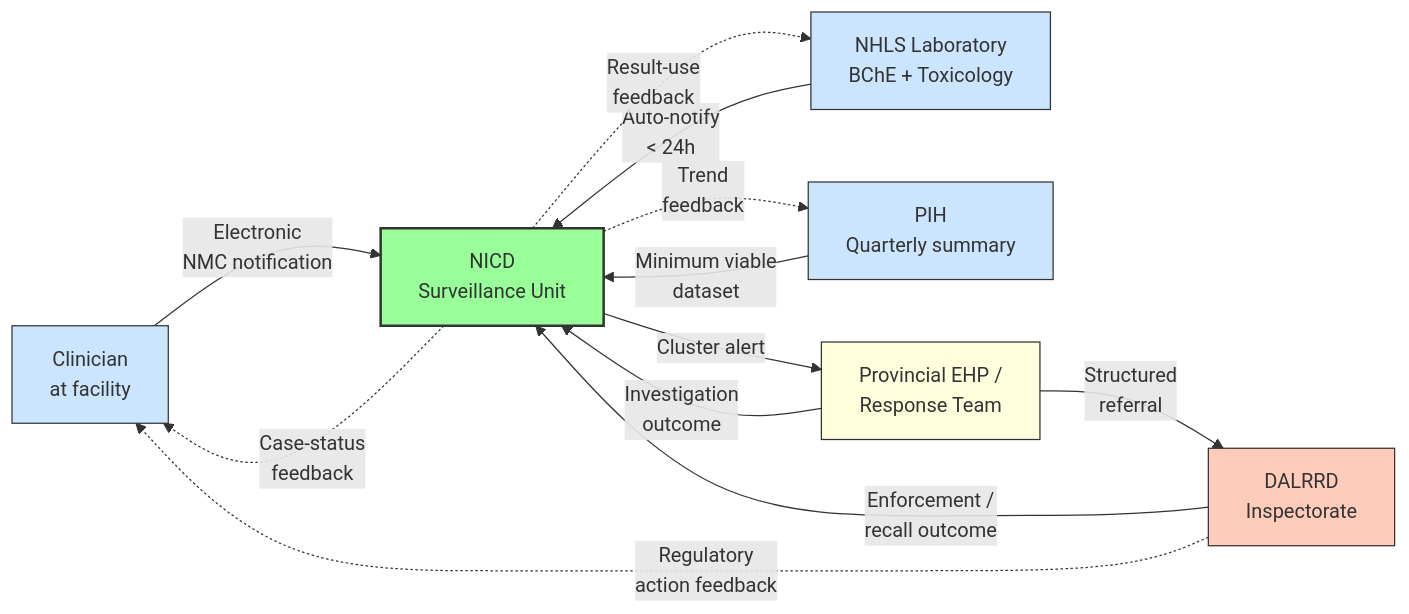
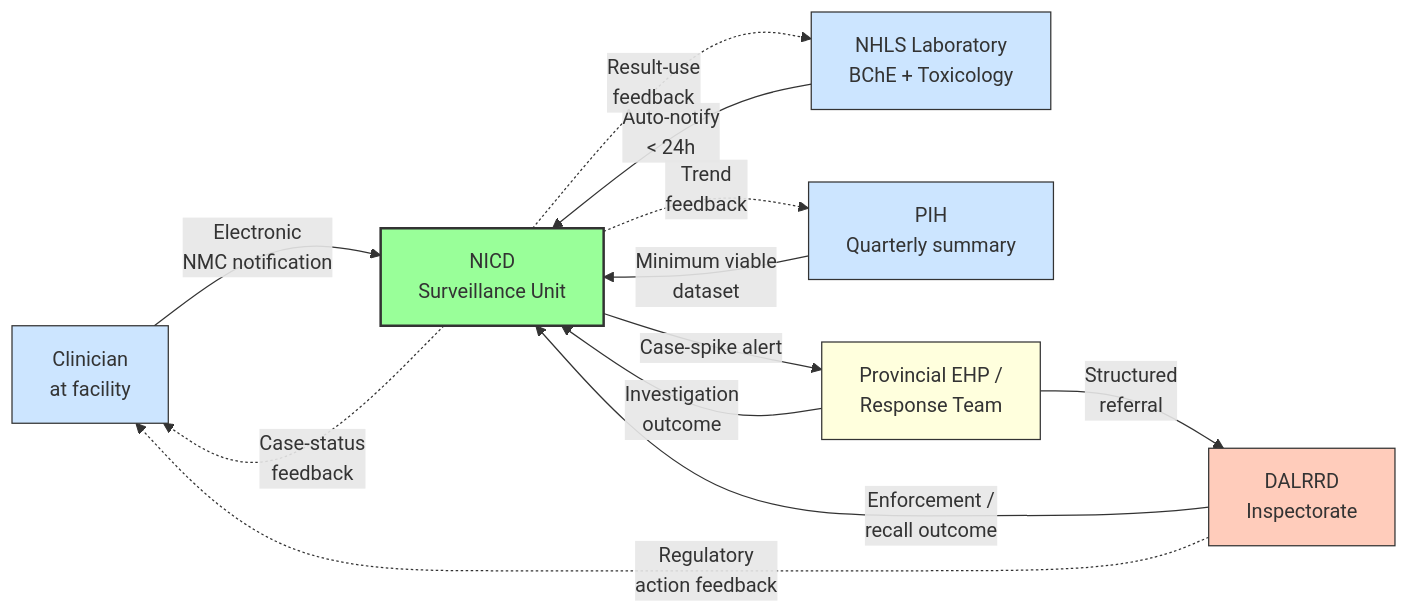
One commit to bridaybrummer/D2P_project changed the third of 3 diagrams in posts/coordination_policy.qmd. Above: the diagram before and after it, drawn with Mermaid. The commit also changed other lines of this file and 17 other files, not shown here.

````diff
--- a/posts/coordination_policy.qmd
+++ b/posts/coordination_policy.qmd
@@ -118,25 +118,25 @@
 ```{mermaid}
 %%| label: fig-coord-feedback-loop
 %%| fig-cap: "Proposed end-state: a closed feedback loop linking clinicians, laboratories, NICD, EHPs, DALRRD, and provincial response teams. Every actor both contributes data and receives back the action taken."
 flowchart LR
     A[Clinician<br/>at facility] -->|Electronic<br/>NMC notification| D[NICD<br/>Surveillance Unit]
     L[NHLS Laboratory<br/>BChE + Toxicology] -->|Auto-notify<br/>< 24h| D
     P[PIH<br/>Quarterly summary] -->|Minimum viable<br/>dataset| D
 
-    D -->|Cluster alert| E[Provincial EHP /<br/>Response Team]
+    D -->|Case-spike alert| E[Provincial EHP /<br/>Response Team]
     E -->|Structured<br/>referral| C[DALRRD<br/>Inspectorate]
     C -->|Enforcement /<br/>recall outcome| D
     E -->|Investigation<br/>outcome| D
 
     D -.Case-status<br/>feedback.-> A
     D -.Result-use<br/>feedback.-> L
     D -.Trend<br/>feedback.-> P
     C -.Regulatory<br/>action feedback.-> A
 
     style A fill:#cce5ff,stroke:#333
     style L fill:#cce5ff,stroke:#333
     style P fill:#cce5ff,stroke:#333
     style D fill:#9f9,stroke:#333,stroke-width:2px
     style E fill:#ffd,stroke:#333
     style C fill:#fcb,stroke:#333
 ```
````
